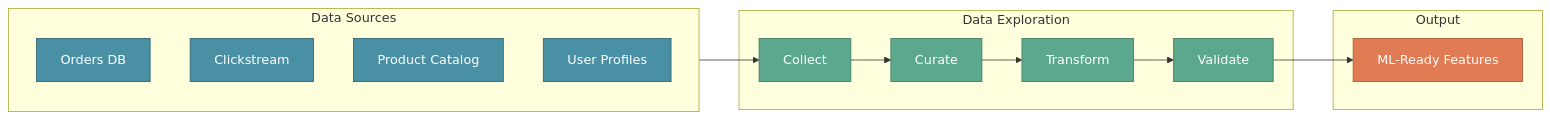
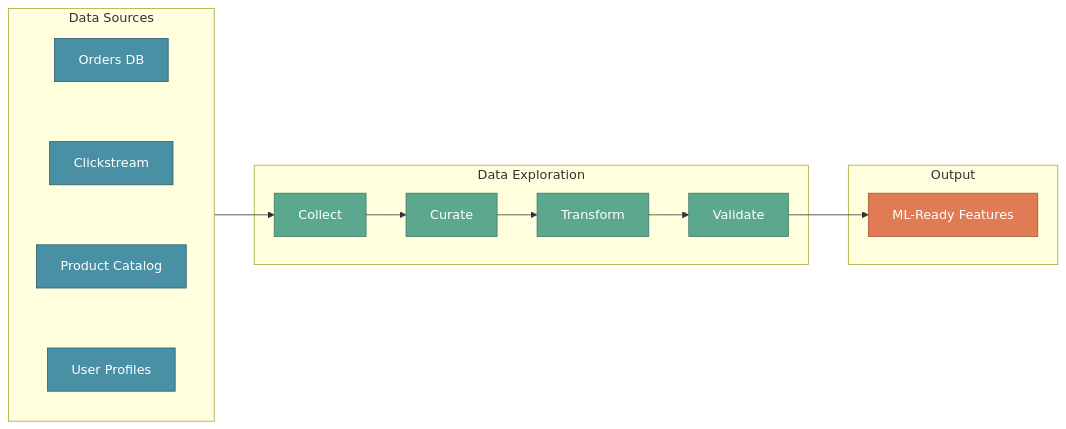
Before and after one commit to vinaykagithapu/vinay.github.io: the second of 6 diagrams in docs/mlops/mlops-fundamentals/4-mlops-lifecycle.md, drawn with Mermaid. The commit also changed other lines of this file, not shown here.

Commit message:
Refactor MLOps lifecycle documentation: Update flowchart phases for clarity, rename 'Testing & Deployment' to 'TDP', and enhance diagram connections. Remove outdated experiment tracking example to streamline content.

````diff
--- a/docs/mlops/mlops-fundamentals/4-mlops-lifecycle.md
+++ b/docs/mlops/mlops-fundamentals/4-mlops-lifecycle.md
@@ -73,36 +73,38 @@
 ```mermaid
 flowchart LR
     subgraph sources[Data Sources]
+        direction TB
         O[Orders DB]
         C[Clickstream]
         P[Product Catalog]
         U[User Profiles]
+        O ~~~ C ~~~ P ~~~ U
     end
     
     subgraph exploration[Data Exploration]
         COLLECT[Collect]
         CURATE[Curate]
         TRANSFORM[Transform]
         VALIDATE[Validate]
     end
     
     subgraph output[Output]
         FEATURES[ML-Ready Features]
     end
     
     sources --> COLLECT
     COLLECT --> CURATE
     CURATE --> TRANSFORM
     TRANSFORM --> VALIDATE
     VALIDATE --> FEATURES
     
     style O fill:#4A90A4,stroke:#2C5F6E,color:#fff
     style C fill:#4A90A4,stroke:#2C5F6E,color:#fff
     style P fill:#4A90A4,stroke:#2C5F6E,color:#fff
     style U fill:#4A90A4,stroke:#2C5F6E,color:#fff
     style COLLECT fill:#5BA88F,stroke:#3D7A62,color:#fff
     style CURATE fill:#5BA88F,stroke:#3D7A62,color:#fff
     style TRANSFORM fill:#5BA88F,stroke:#3D7A62,color:#fff
     style VALIDATE fill:#5BA88F,stroke:#3D7A62,color:#fff
     style FEATURES fill:#E07B53,stroke:#A65535,color:#fff
 ```
````
